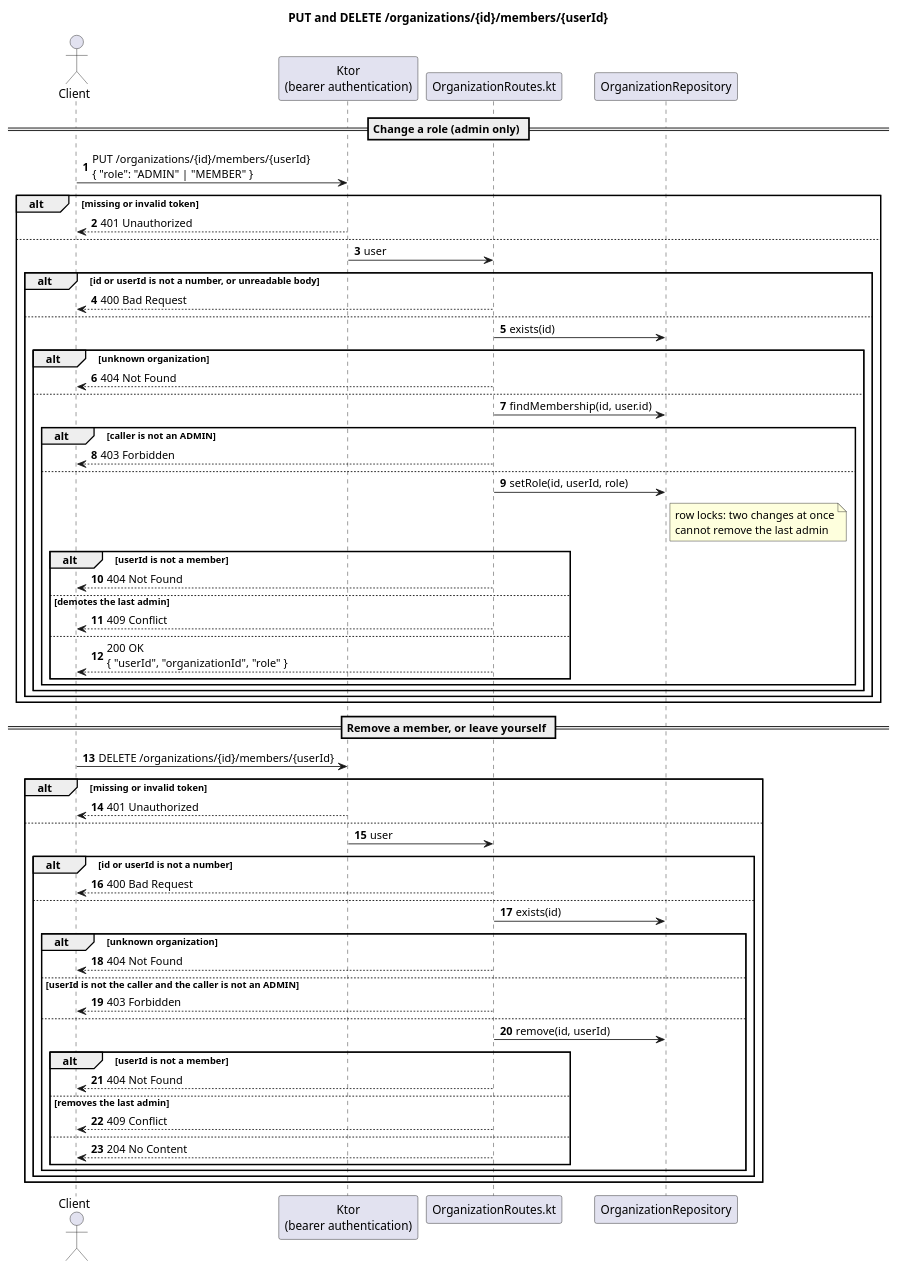
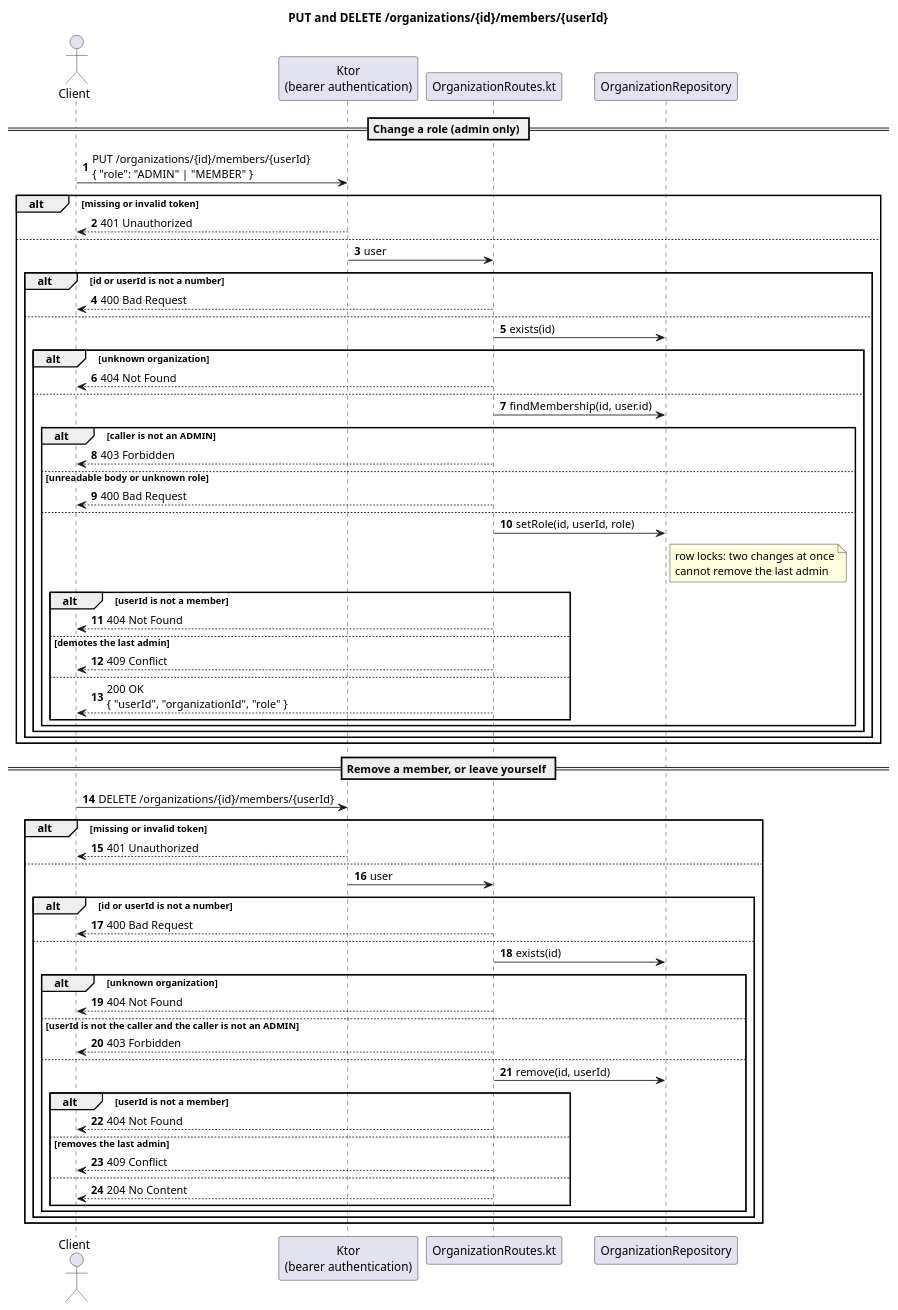
The diagram in docs/diagrams/sequence-organization-members.puml (Rent-a-car-38291/rent-a-car), drawn with PlantUML before and after one commit. The commit also changed 3 other files, not shown here.

Commit message:
Fix the order of the 400 in the member diagram and make car details a login use case

```diff
--- a/docs/diagrams/sequence-organization-members.puml
+++ b/docs/diagrams/sequence-organization-members.puml
@@ -1,68 +1,70 @@
 @startuml
 title PUT and DELETE /organizations/{id}/members/{userId}
 autonumber
 
 actor Client
 participant "Ktor\n(bearer authentication)" as Auth
 participant "OrganizationRoutes.kt" as Route
 participant "OrganizationRepository" as Repo
 
 == Change a role (admin only) ==
 Client -> Auth : PUT /organizations/{id}/members/{userId}\n{ "role": "ADMIN" | "MEMBER" }
 alt missing or invalid token
   Auth --> Client : 401 Unauthorized
 else
   Auth -> Route : user
-  alt id or userId is not a number, or unreadable body
+  alt id or userId is not a number
     Route --> Client : 400 Bad Request
   else
     Route -> Repo : exists(id)
     alt unknown organization
       Route --> Client : 404 Not Found
     else
       Route -> Repo : findMembership(id, user.id)
       alt caller is not an ADMIN
         Route --> Client : 403 Forbidden
+      else unreadable body or unknown role
+        Route --> Client : 400 Bad Request
       else
         Route -> Repo : setRole(id, userId, role)
         note right of Repo : row locks: two changes at once\ncannot remove the last admin
         alt userId is not a member
           Route --> Client : 404 Not Found
         else demotes the last admin
           Route --> Client : 409 Conflict
         else
           Route --> Client : 200 OK\n{ "userId", "organizationId", "role" }
         end
       end
     end
   end
 end
 
 == Remove a member, or leave yourself ==
 Client -> Auth : DELETE /organizations/{id}/members/{userId}
 alt missing or invalid token
   Auth --> Client : 401 Unauthorized
 else
   Auth -> Route : user
   alt id or userId is not a number
     Route --> Client : 400 Bad Request
   else
     Route -> Repo : exists(id)
     alt unknown organization
       Route --> Client : 404 Not Found
     else userId is not the caller and the caller is not an ADMIN
       Route --> Client : 403 Forbidden
     else
       Route -> Repo : remove(id, userId)
       alt userId is not a member
         Route --> Client : 404 Not Found
       else removes the last admin
         Route --> Client : 409 Conflict
       else
         Route --> Client : 204 No Content
       end
     end
   end
 end
 
 @enduml
```
